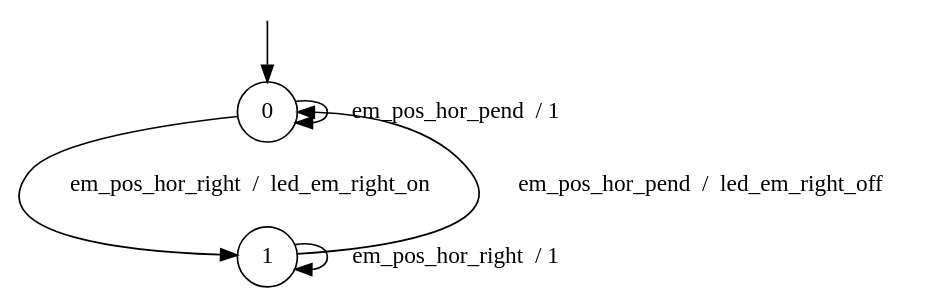
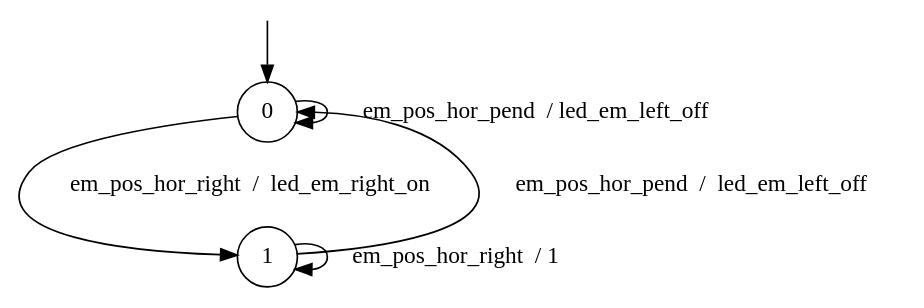
Before and after one commit to AryanBastani/SCL-Star: the diagram in Real-Tests/resources/Synchs/6/4_15_BCS_LED_EMR.dot, drawn with Graphviz. The commit also changed 15 other files, not shown here.

```diff
--- a/Real-Tests/resources/Synchs/6/4_15_BCS_LED_EMR.dot
+++ b/Real-Tests/resources/Synchs/6/4_15_BCS_LED_EMR.dot
@@ -1,13 +1,13 @@
 digraph g {
 
 	s0 [shape="circle" label="0"];
 	s1 [shape="circle" label="1"];
 	s0 -> s1 [label="em_pos_hor_right  /  led_em_right_on"];
-	s0 -> s0 [label="em_pos_hor_pend  / 1"];
+	s0 -> s0 [label="em_pos_hor_pend  / led_em_left_off"];
 	s1 -> s1 [label="em_pos_hor_right  / 1"];
-	s1 -> s0 [label="em_pos_hor_pend  /  led_em_right_off"];
+	s1 -> s0 [label="em_pos_hor_pend  /  led_em_left_off"];
 
 __start0 [label="" shape="none" width="0" height="0"];
 __start0 -> s0;
 
 }
```
